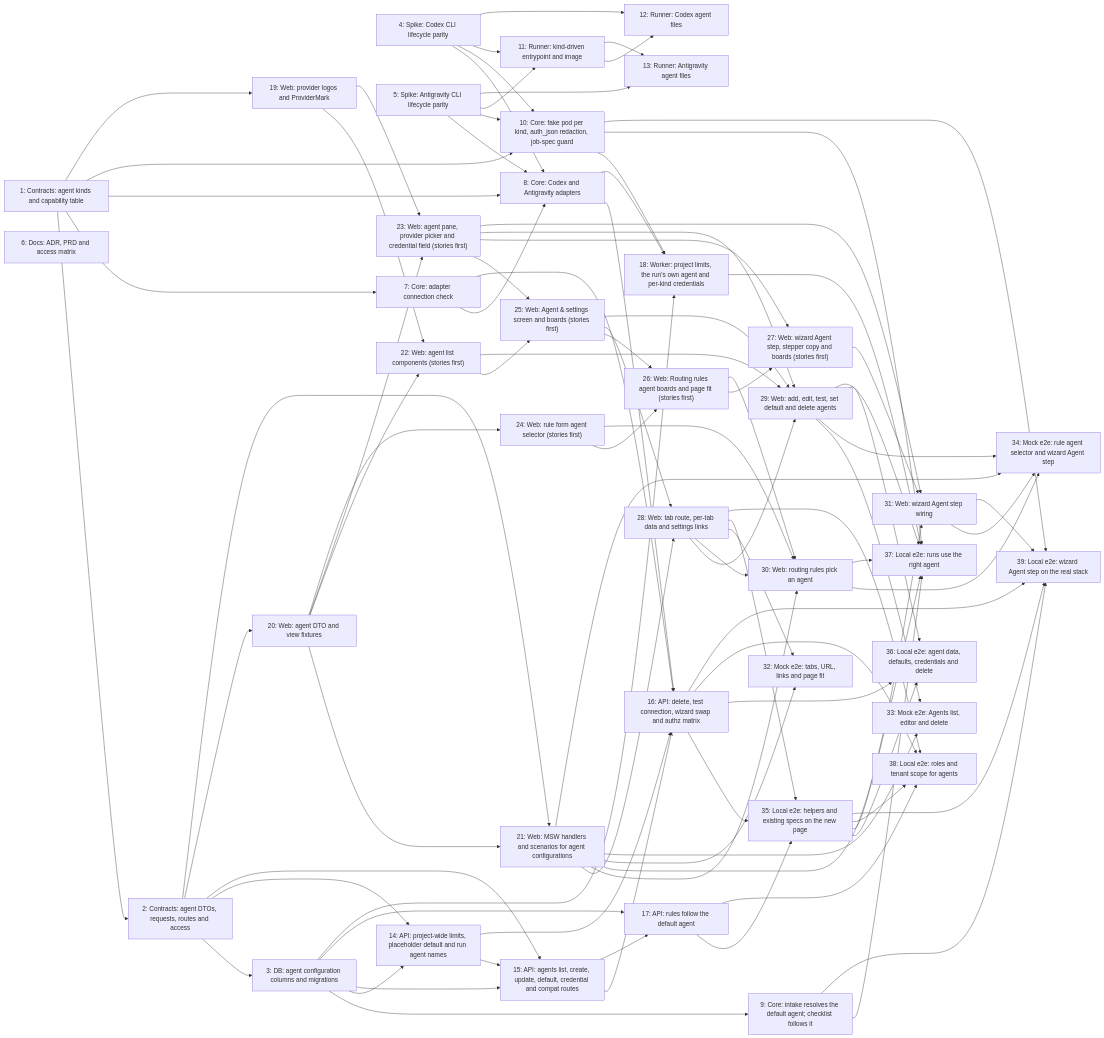
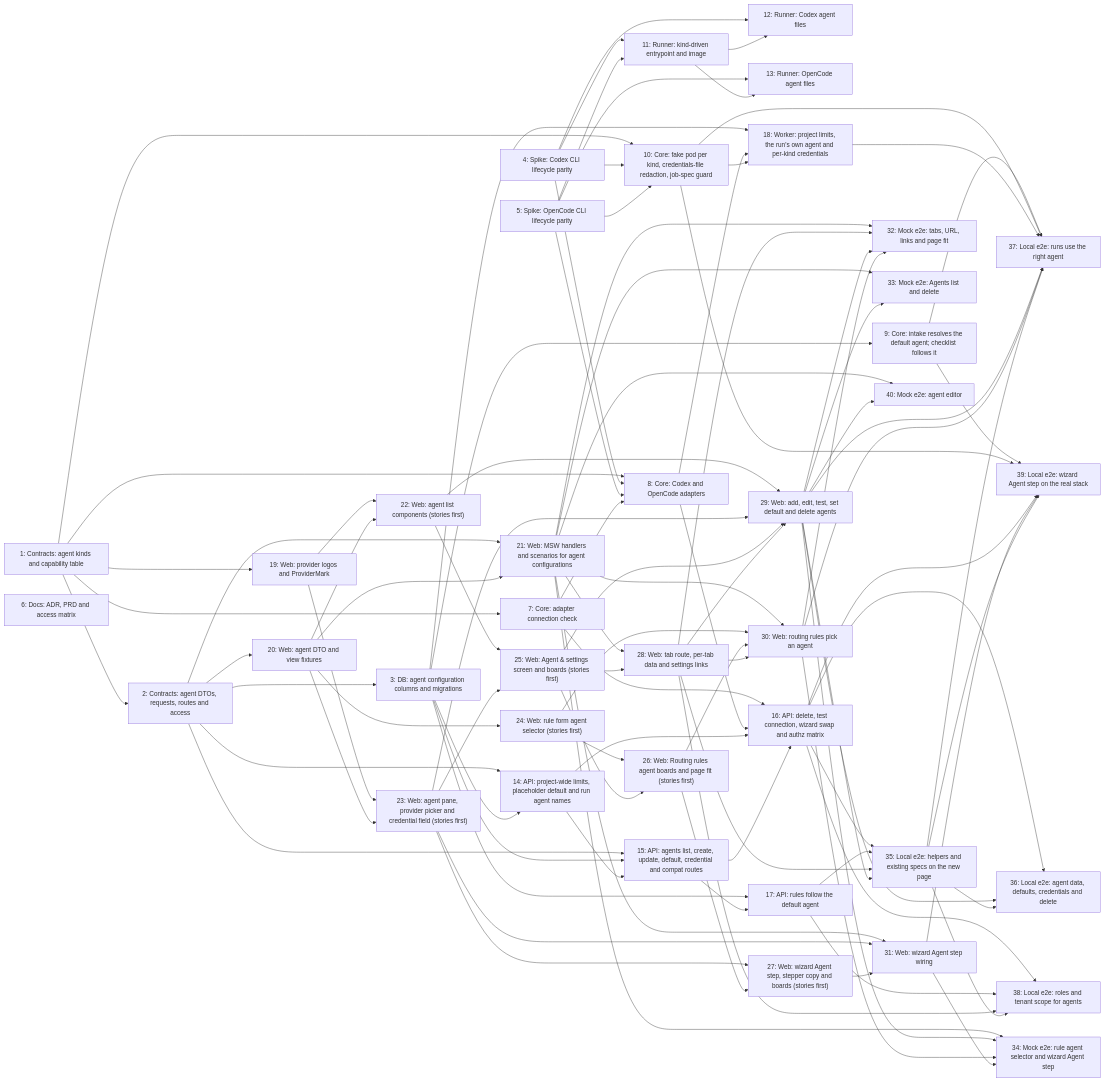
One commit to haicanhdieu/agent-desk changed the diagram in docs/superpowers/plans/2026-11-25-multi-agent-configs.md. Above: the diagram before and after it, drawn with Mermaid. The commit also changed other lines of this file and 42 other files, not shown here.

First line of the commit message:
docs(superpowers): update multi-agent-configs spec and plan for OpenCode

````diff
--- a/docs/superpowers/plans/2026-11-25-multi-agent-configs.md
+++ b/docs/superpowers/plans/2026-11-25-multi-agent-configs.md
@@ -133,15 +137,15 @@
   T2["2: Contracts: agent DTOs, requests, routes and access"]
   T3["3: DB: agent configuration columns and migrations"]
   T4["4: Spike: Codex CLI lifecycle parity"]
-  T5["5: Spike: Antigravity CLI lifecycle parity"]
+  T5["5: Spike: OpenCode CLI lifecycle parity"]
   T6["6: Docs: ADR, PRD and access matrix"]
   T7["7: Core: adapter connection check"]
-  T8["8: Core: Codex and Antigravity adapters"]
+  T8["8: Core: Codex and OpenCode adapters"]
   T9["9: Core: intake resolves the default agent; checklist follows it"]
-  T10["10: Core: fake pod per kind, auth_json redaction, job-spec guard"]
+  T10["10: Core: fake pod per kind, credentials-file redaction, job-spec guard"]
   T11["11: Runner: kind-driven entrypoint and image"]
   T12["12: Runner: Codex agent files"]
-  T13["13: Runner: Antigravity agent files"]
+  T13["13: Runner: OpenCode agent files"]
   T14["14: API: project-wide limits, placeholder default and run agent names"]
   T15["15: API: agents list, create, update, default, credential and compat routes"]
   T16["16: API: delete, test connection, wizard swap and authz matrix"]
@@ -161,13 +165,14 @@
   T30["30: Web: routing rules pick an agent"]
   T31["31: Web: wizard Agent step wiring"]
   T32["32: Mock e2e: tabs, URL, links and page fit"]
-  T33["33: Mock e2e: Agents list, editor and delete"]
+  T33["33: Mock e2e: Agents list and delete"]
   T34["34: Mock e2e: rule agent selector and wizard Agent step"]
   T35["35: Local e2e: helpers and existing specs on the new page"]
   T36["36: Local e2e: agent data, defaults, credentials and delete"]
   T37["37: Local e2e: runs use the right agent"]
   T38["38: Local e2e: roles and tenant scope for agents"]
   T39["39: Local e2e: wizard Agent step on the real stack"]
+  T40["40: Mock e2e: agent editor"]
   T1 --> T2
   T2 --> T3
   T1 --> T7
@@ -229,6 +234,8 @@
   T27 --> T31
   T21 --> T32
   T28 --> T32
+  T29 --> T32
+  T30 --> T32
   T21 --> T33
   T29 --> T33
   T21 --> T34
@@ -238,6 +245,7 @@
   T16 --> T35
   T17 --> T35
   T28 --> T35
+  T29 --> T35
   T16 --> T36
   T29 --> T36
   T35 --> T36
@@ -256,4 +264,6 @@
   T16 --> T39
   T31 --> T39
   T35 --> T39
+  T21 --> T40
+  T29 --> T40
 ```
````
